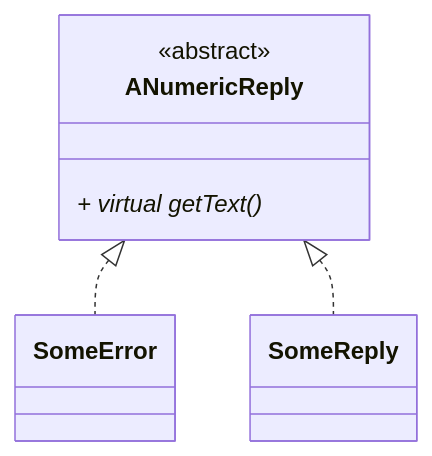
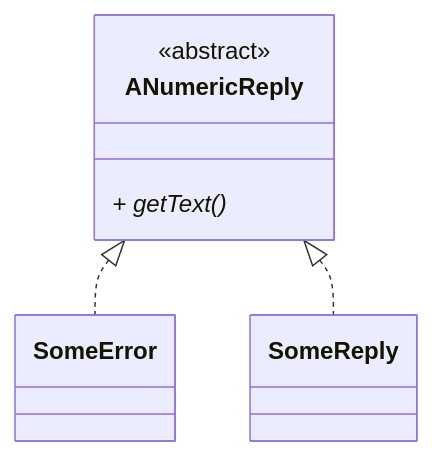
Before and after one commit to mfukui1218/irc: diagram 12 of 13 in docs/class_design.md, drawn with Mermaid. The commit also changed other lines of this file and 32 other files, not shown here.

````diff
--- a/docs/class_design.md
+++ b/docs/class_design.md
@@ -197,11 +231,11 @@
 ```mermaid
 classDiagram
 	
 	ANumericReply <|.. SomeError
 	ANumericReply <|.. SomeReply
 
 	class ANumericReply {
 		<<abstract>>
-		+ virtual getText()*
+		+ getText()*
 	}
 ```
````
